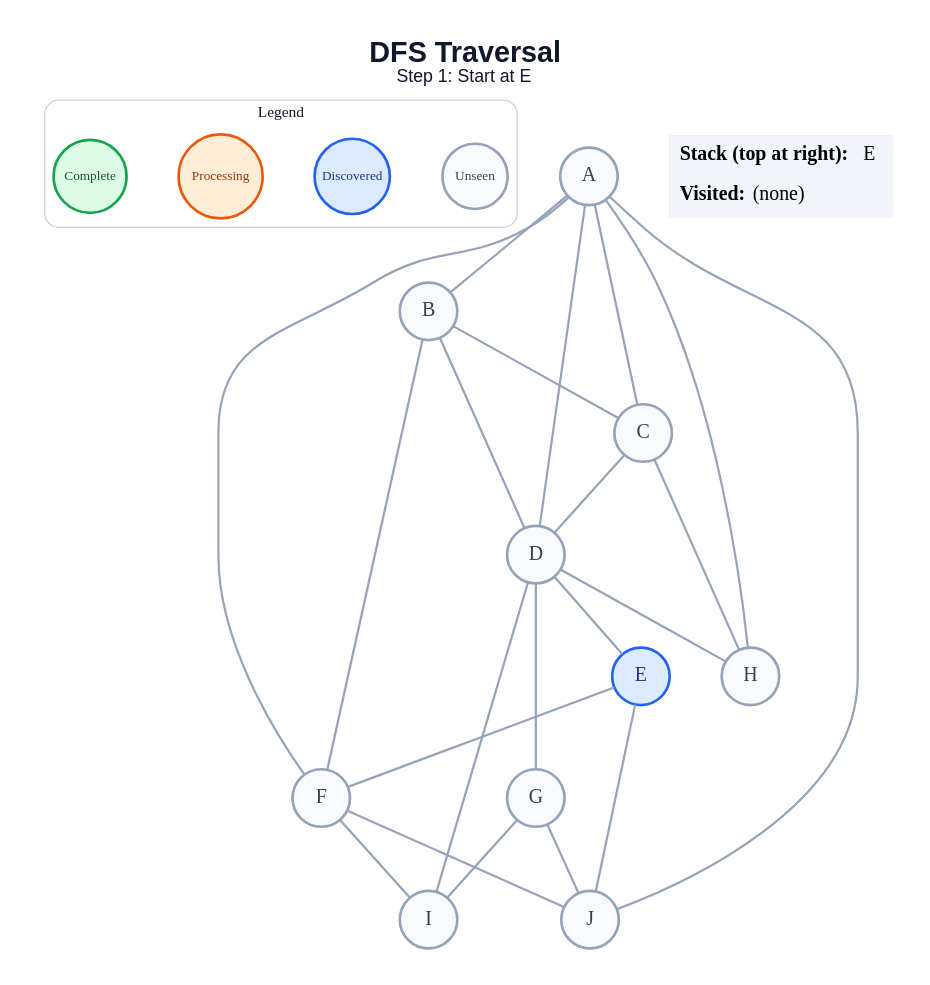
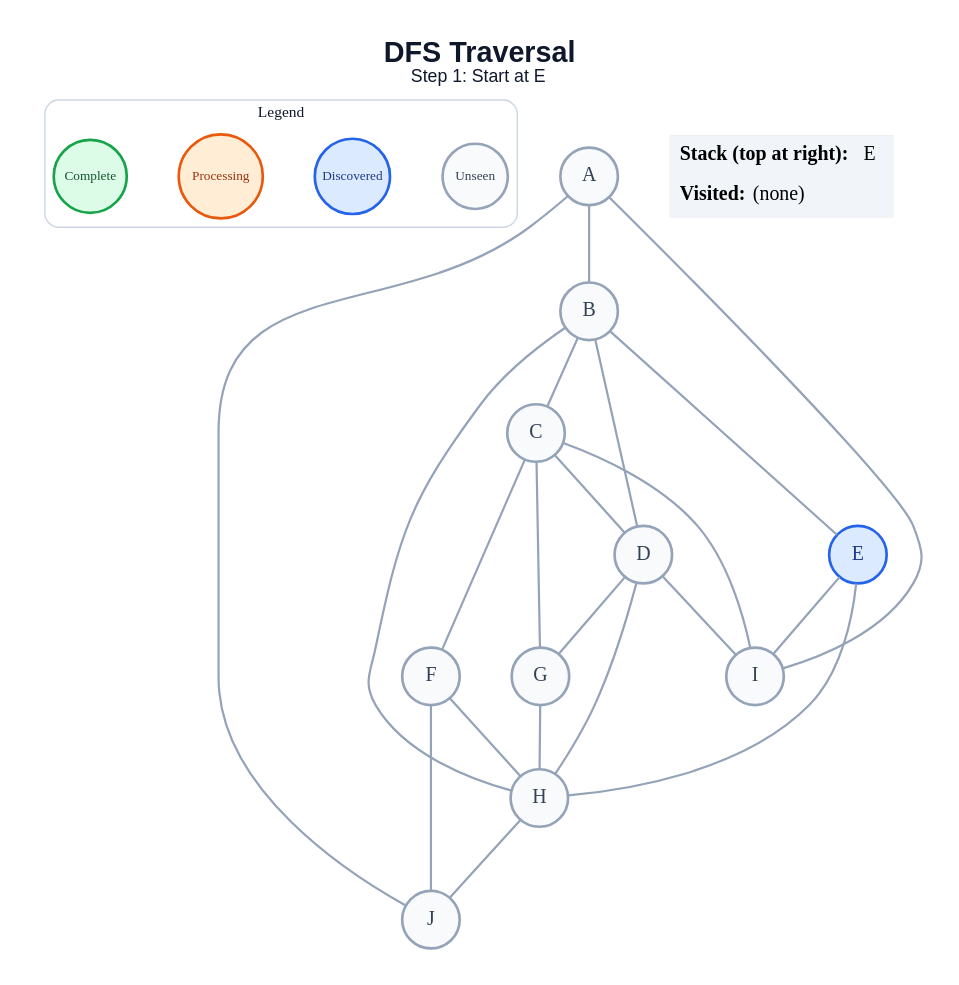
Before and after one commit to amanghodawala9/ai-slop: the diagram in generated/specific-node/dfs/step_01.dot, drawn with Graphviz. The commit also changed 178 other files, not shown here.

```diff
--- a/generated/specific-node/dfs/step_01.dot
+++ b/generated/specific-node/dfs/step_01.dot
@@ -1,50 +1,49 @@
 graph traversal {
   graph [layout=dot, rankdir=TB, bgcolor="#FFFFFF", pad="0.35", nodesep="0.65", ranksep="0.8", fontname="Arial"];
   node [shape=circle, style="filled", fontname="Arial Bold", fontsize=18, width=0.72, fixedsize=true, penwidth=2.4];
   edge [color="#94A3B8", penwidth=2.0];
   label=<<B>DFS Traversal</B><BR/><FONT POINT-SIZE="16">Step 1: Start at E</FONT>>; labelloc="t"; fontsize=26; fontname="Arial"; fontcolor="#0F172A";
   subgraph cluster_legend { label="Legend"; color="#CBD5E1"; penwidth=1.2; style="rounded"; fontsize=14; fontname="Arial Bold";
     key_unseen [label="Unseen", fillcolor="#F8FAFC", color="#94A3B8", fontcolor="#334155", fontsize=12, width=0.82];
     key_frontier [label="Discovered", fillcolor="#DBEAFE", color="#2563EB", fontcolor="#1E3A8A", fontsize=12, width=0.95];
     key_current [label="Processing", fillcolor="#FFEDD5", color="#EA580C", fontcolor="#9A3412", fontsize=12, width=1.05];
     key_done [label="Complete", fillcolor="#DCFCE7", color="#16A34A", fontcolor="#14532D", fontsize=12, width=0.92];
     { rank=same; key_unseen; key_frontier; key_current; key_done; }
   }
   A [fillcolor="#F8FAFC", color="#94A3B8", fontcolor="#334155"];
   B [fillcolor="#F8FAFC", color="#94A3B8", fontcolor="#334155"];
   C [fillcolor="#F8FAFC", color="#94A3B8", fontcolor="#334155"];
   D [fillcolor="#F8FAFC", color="#94A3B8", fontcolor="#334155"];
   E [fillcolor="#DBEAFE", color="#2563EB", fontcolor="#1E3A8A"];
   F [fillcolor="#F8FAFC", color="#94A3B8", fontcolor="#334155"];
   G [fillcolor="#F8FAFC", color="#94A3B8", fontcolor="#334155"];
   H [fillcolor="#F8FAFC", color="#94A3B8", fontcolor="#334155"];
   I [fillcolor="#F8FAFC", color="#94A3B8", fontcolor="#334155"];
   J [fillcolor="#F8FAFC", color="#94A3B8", fontcolor="#334155"];
   A -- B;
-  A -- C;
-  A -- D;
-  A -- F;
-  A -- H;
+  A -- I;
   A -- J;
   B -- C;
   B -- D;
-  B -- F;
+  B -- E;
+  B -- H;
   C -- D;
-  C -- H;
-  D -- E;
+  C -- F;
+  C -- G;
+  C -- I;
   D -- G;
   D -- H;
   D -- I;
-  E -- F;
-  E -- J;
-  F -- I;
+  E -- H;
+  E -- I;
+  F -- H;
   F -- J;
-  G -- I;
-  G -- J;
+  G -- H;
+  H -- J;
   status [shape=plain, fixedsize=false, width=0, height=0, margin=0, label=<
     <TABLE BORDER="0" CELLBORDER="0" CELLPADDING="7" BGCOLOR="#F1F5F9">
       <TR><TD ALIGN="LEFT"><B>Stack (top at right):</B> E</TD></TR>
       <TR><TD ALIGN="LEFT"><B>Visited:</B> (none)</TD></TR>
     </TABLE>
   >];
 }
```
